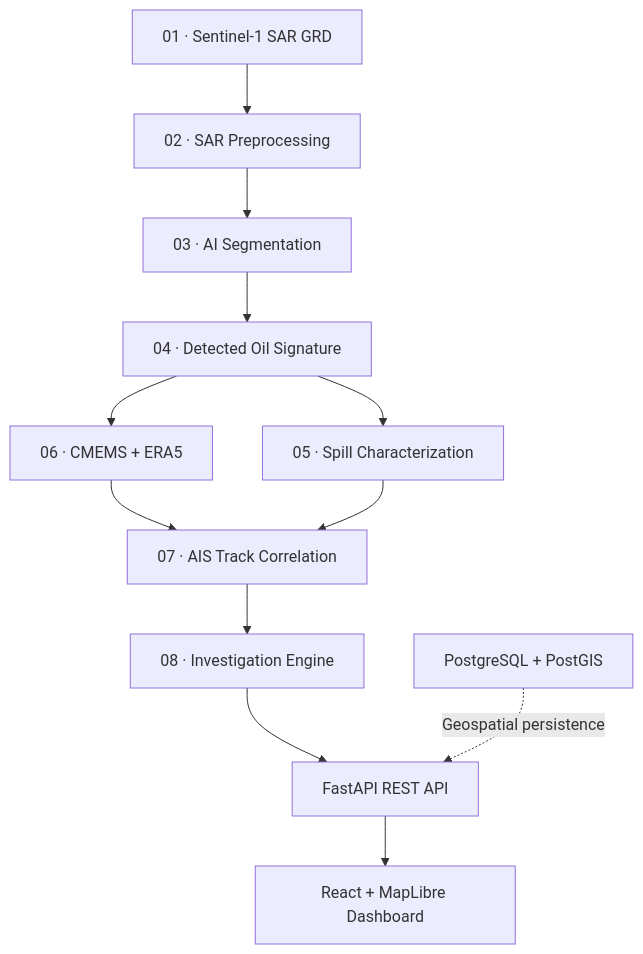
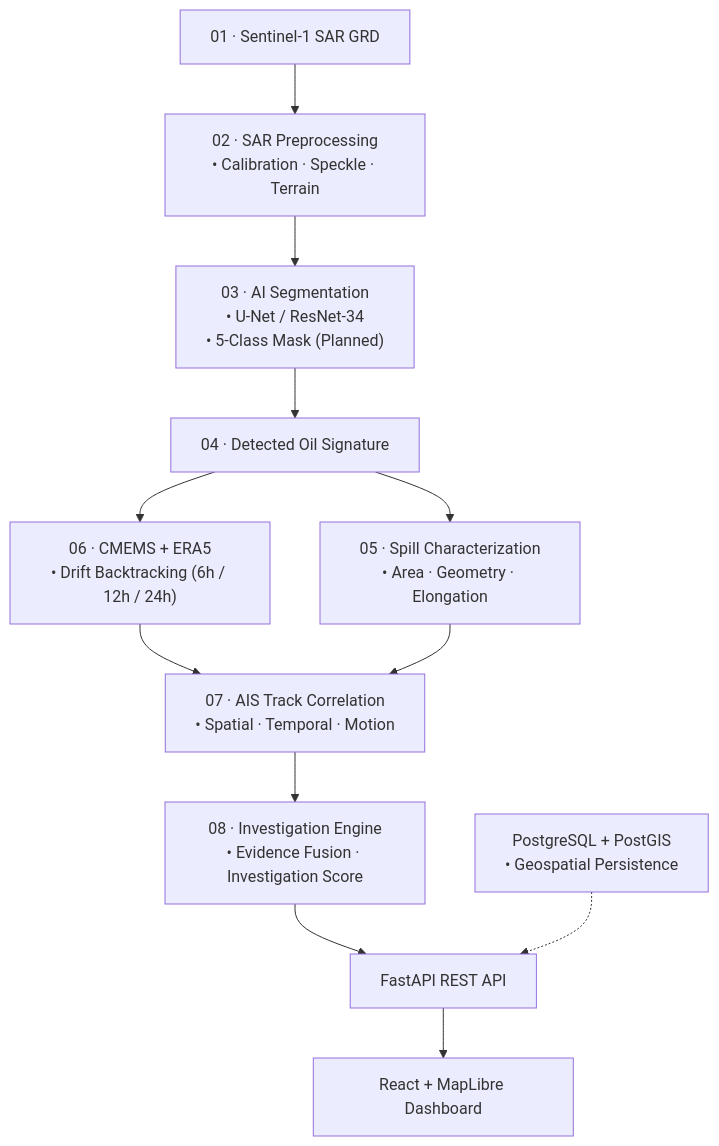
The diagram in README.md (VyomVadodariya/OIL-SPILL), drawn with Mermaid before and after one commit. The commit also changed other lines of this file, not shown here.

````diff
--- a/README.md
+++ b/README.md
@@ -25,23 +23,23 @@
 ```mermaid
 flowchart TD
 
 A["01 · Sentinel-1 SAR GRD"]
-B["02 · SAR Preprocessing"]
-C["03 · AI Segmentation"]
+B["02 · SAR Preprocessing\n• Calibration · Speckle · Terrain"]
+C["03 · AI Segmentation\n• U-Net / ResNet-34\n• 5-Class Mask (Planned)"]
 D["04 · Detected Oil Signature"]
-E["05 · Spill Characterization"]
-F["06 · CMEMS + ERA5"]
-G["07 · AIS Track Correlation"]
-H["08 · Investigation Engine"]
+E["05 · Spill Characterization\n• Area · Geometry · Elongation"]
+F["06 · CMEMS + ERA5\n• Drift Backtracking (6h / 12h / 24h)"]
+G["07 · AIS Track Correlation\n• Spatial · Temporal · Motion"]
+H["08 · Investigation Engine\n• Evidence Fusion · Investigation Score"]
 
 A --> B --> C --> D --> E
 D --> F
 F --> G
 E --> G
 G --> H
 
 H --> I["FastAPI REST API"]
 I --> J["React + MapLibre Dashboard"]
 
-K["PostgreSQL + PostGIS"] -. "Geospatial persistence" .-> I
+K["PostgreSQL + PostGIS\n• Geospatial Persistence"] -.-> I
 ```
````
